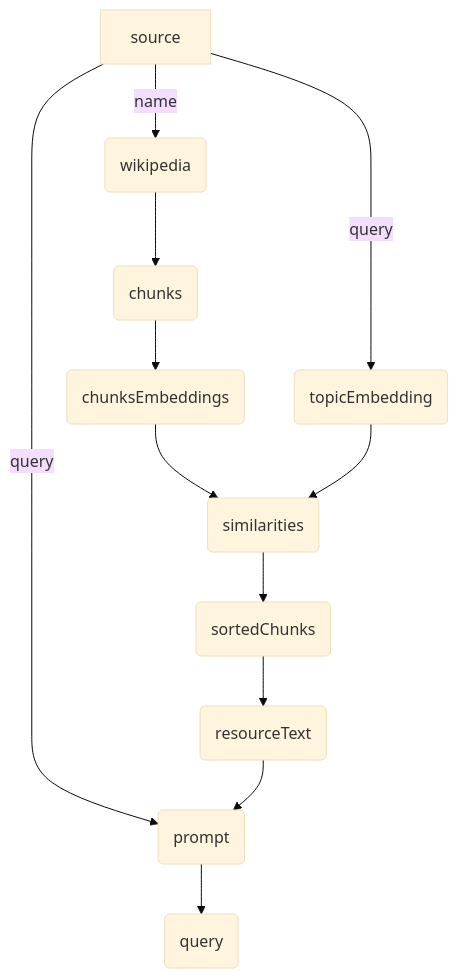
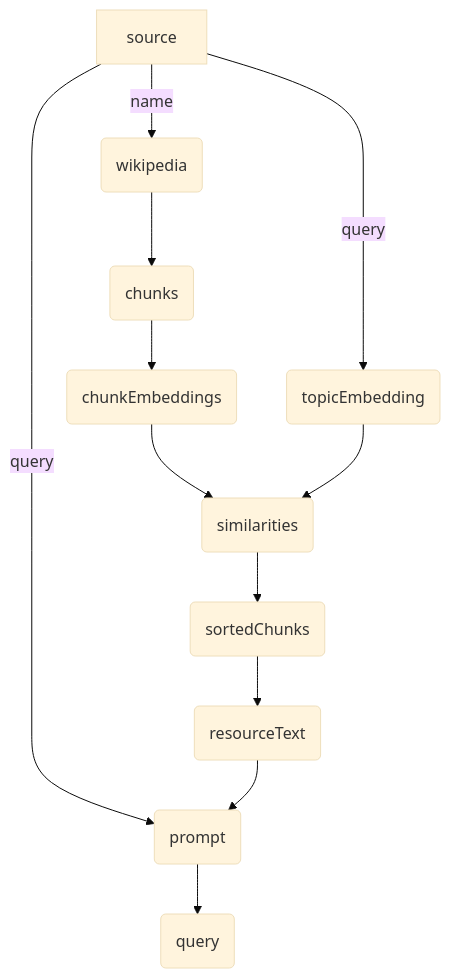
The first of 5 diagrams in README.md (receptron/graphai), drawn with Mermaid (base theme) before and after one commit.

Commit message:
another typo

````diff
--- a/README.md
+++ b/README.md
@@ -62,14 +62,14 @@
 ```mermaid
 flowchart TD
  source -- name --> wikipedia(wikipedia)
  source -- query --> topicEmbedding(topicEmbedding)
  wikipedia --> chunks(chunks)
- chunks --> chunksEmbeddings(chunksEmbeddings)
- chunksEmbeddings --> similarities(similarities)
+ chunks --> chunkEmbeddings(chunkEmbeddings)
+ chunkEmbeddings --> similarities(similarities)
  topicEmbedding --> similarities
  similarities --> sortedChunks(sortedChunks)
  sortedChunks --> resourceText(resourceText)
  source -- query --> prompt(prompt)
  resourceText --> prompt
  prompt --> query(query)
 ```
````
